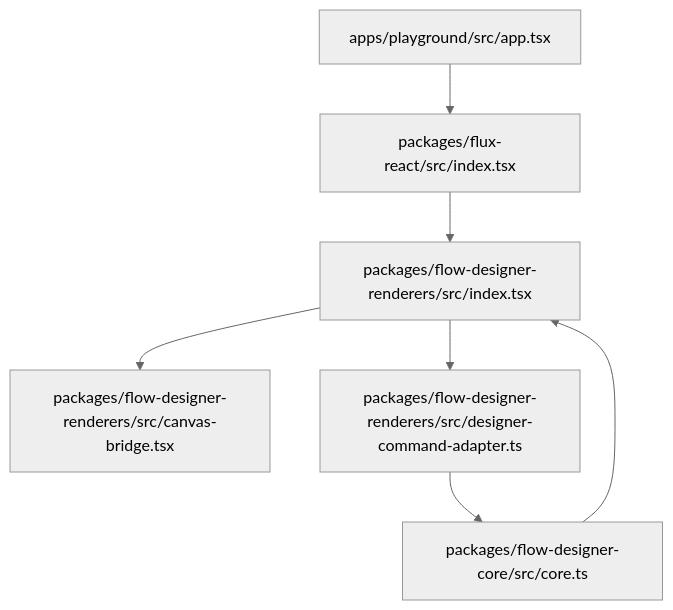
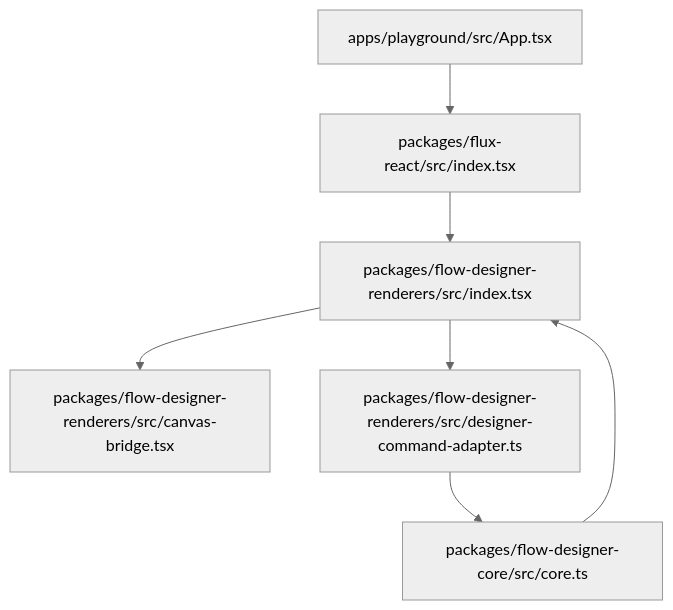
The second of 4 diagrams in docs/architecture/flow-designer/collaboration.md (entropy-cloud/nop-chaos-flux), drawn with Mermaid (neutral theme) before and after one commit. The commit also changed other lines of this file and 43 other files, not shown here.

First line of the commit message:
docs: update architecture, plans, skills, and component docs for surface convergence and audit process

````diff
--- a/docs/architecture/flow-designer/collaboration.md
+++ b/docs/architecture/flow-designer/collaboration.md
@@ -193,9 +193,9 @@
 ```mermaid
 flowchart TD
-  A[apps/playground/src/app.tsx] --> B[packages/flux-react/src/index.tsx]
+  A[apps/playground/src/App.tsx] --> B[packages/flux-react/src/index.tsx]
   B --> C[packages/flow-designer-renderers/src/index.tsx]
   C --> D[packages/flow-designer-renderers/src/canvas-bridge.tsx]
   C --> E[packages/flow-designer-renderers/src/designer-command-adapter.ts]
   E --> F[packages/flow-designer-core/src/core.ts]
   F --> C
 ```
````
